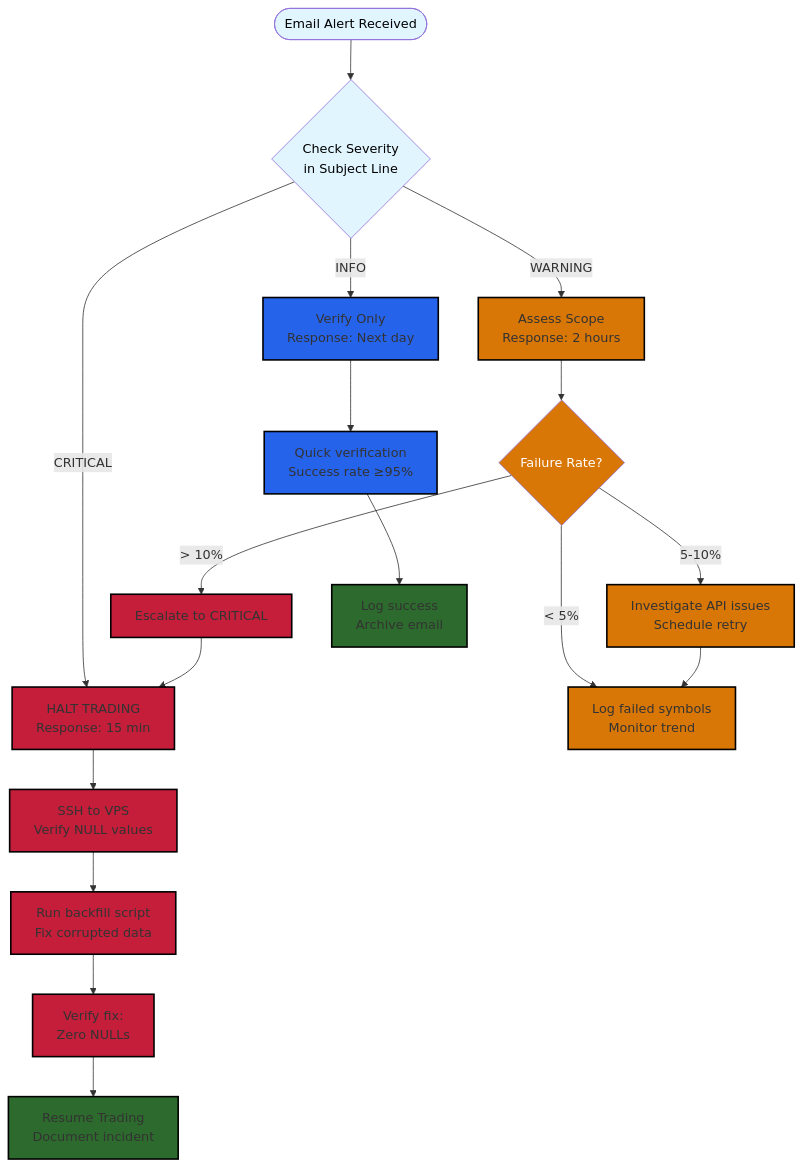
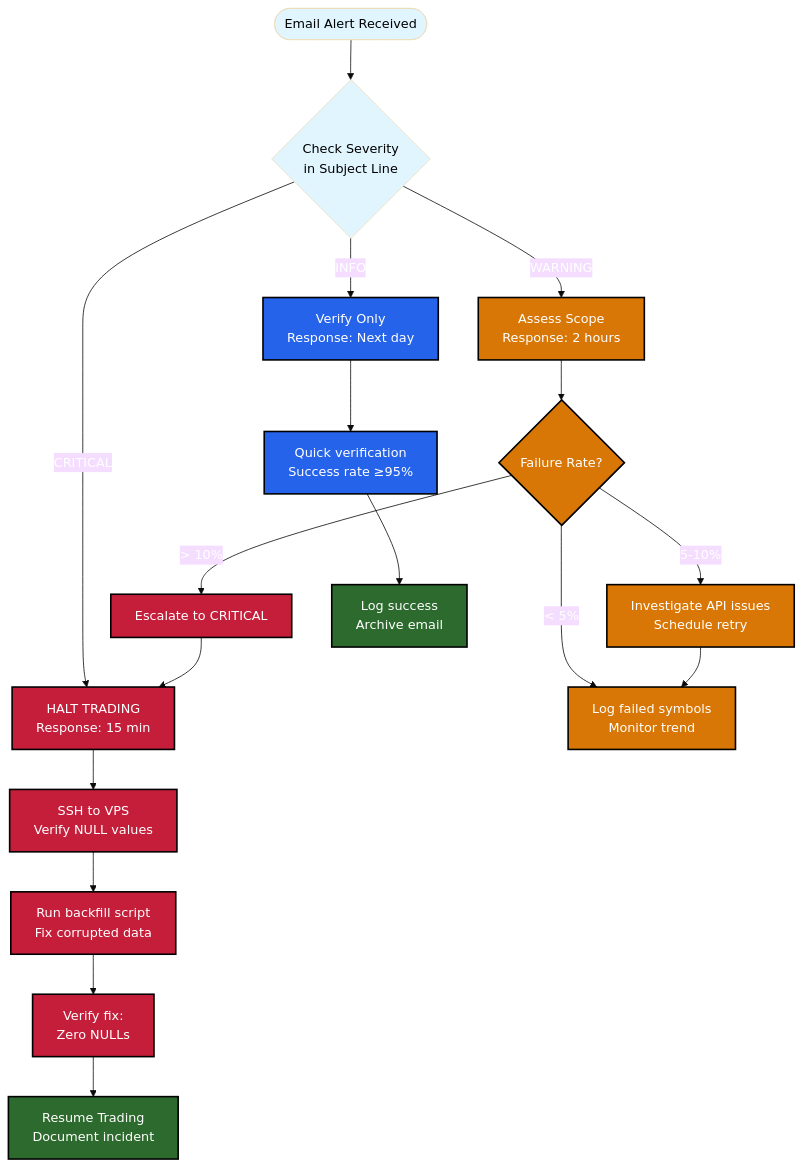
One commit to ouegy/triple-screen-docs changed the diagram in docs/SOPs/SOP-004-email-alert-response.md. Above: the diagram before and after it, drawn with Mermaid.

Commit message:
fix: Use Mermaid classDef with init theme instead of inline styles for white text

````diff
--- a/docs/SOPs/SOP-004-email-alert-response.md
+++ b/docs/SOPs/SOP-004-email-alert-response.md
@@ -68,42 +68,40 @@
 ```mermaid
+%%{init: {'theme':'base', 'themeVariables': { 'primaryTextColor':'#fff', 'secondaryTextColor':'#fff', 'tertiaryTextColor':'#fff'}}}%%
 graph TD
     Start([Email Alert Received]) --> CheckSeverity{Check Severity<br/>in Subject Line}
 
     %% CRITICAL PATH
     CheckSeverity -->|CRITICAL| Critical[HALT TRADING<br/>Response: 15 min]
     Critical --> SSHVerify[SSH to VPS<br/>Verify NULL values]
     SSHVerify --> RunBackfill[Run backfill script<br/>Fix corrupted data]
     RunBackfill --> VerifyFix[Verify fix:<br/>Zero NULLs]
     VerifyFix --> Resume[Resume Trading<br/>Document incident]
 
     %% WARNING PATH
     CheckSeverity -->|WARNING| Warning[Assess Scope<br/>Response: 2 hours]
     Warning --> CheckRate{Failure Rate?}
     CheckRate -->|< 5%| LogMonitor[Log failed symbols<br/>Monitor trend]
     CheckRate -->|5-10%| Investigate[Investigate API issues<br/>Schedule retry]
     CheckRate -->|> 10%| Escalate[Escalate to CRITICAL]
     Investigate --> LogMonitor
     Escalate --> Critical
 
     %% INFO PATH
     CheckSeverity -->|INFO| Info[Verify Only<br/>Response: Next day]
     Info --> QuickCheck[Quick verification<br/>Success rate ≥95%]
     QuickCheck --> Done[Log success<br/>Archive email]
 
-    %% Styling
-    style Start fill:#e1f5ff,color:#000
-    style Critical fill:#c41e3a,color:#fff !important,stroke:#000,stroke-width:2px
-    style SSHVerify fill:#c41e3a,color:#fff !important,stroke:#000,stroke-width:2px
-    style RunBackfill fill:#c41e3a,color:#fff !important,stroke:#000,stroke-width:2px
-    style VerifyFix fill:#c41e3a,color:#fff !important,stroke:#000,stroke-width:2px
-    style Resume fill:#2d6a2d,color:#fff !important,stroke:#000,stroke-width:2px
-    style Warning fill:#d97706,color:#fff !important,stroke:#000,stroke-width:2px
-    style LogMonitor fill:#d97706,color:#fff !important,stroke:#000,stroke-width:2px
-    style Investigate fill:#d97706,color:#fff !important,stroke:#000,stroke-width:2px
-    style Escalate fill:#c41e3a,color:#fff !important,stroke:#000,stroke-width:2px
-    style Info fill:#2563eb,color:#fff !important,stroke:#000,stroke-width:2px
-    style QuickCheck fill:#2563eb,color:#fff !important,stroke:#000,stroke-width:2px
-    style Done fill:#2d6a2d,color:#fff !important,stroke:#000,stroke-width:2px
-    style CheckSeverity fill:#e1f5ff,color:#000
-    style CheckRate fill:#d97706,color:#fff
+    %% Class definitions with white text
+    classDef redNode fill:#c41e3a,stroke:#000,stroke-width:2px,color:#fff
+    classDef greenNode fill:#2d6a2d,stroke:#000,stroke-width:2px,color:#fff
+    classDef orangeNode fill:#d97706,stroke:#000,stroke-width:2px,color:#fff
+    classDef blueNode fill:#2563eb,stroke:#000,stroke-width:2px,color:#fff
+    classDef lightNode fill:#e1f5ff,color:#000
+
+    %% Apply classes
+    class Critical,SSHVerify,RunBackfill,VerifyFix,Escalate redNode
+    class Resume,Done greenNode
+    class Warning,LogMonitor,Investigate,CheckRate orangeNode
+    class Info,QuickCheck blueNode
+    class Start,CheckSeverity lightNode
 ```
````
